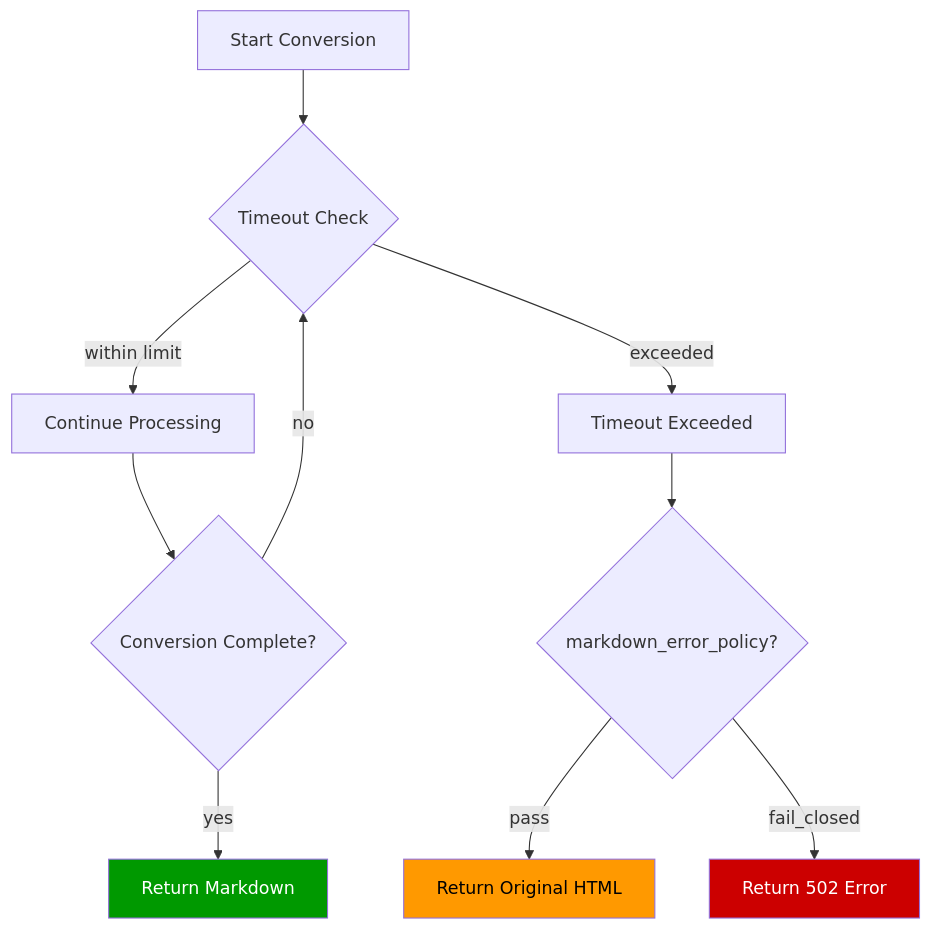
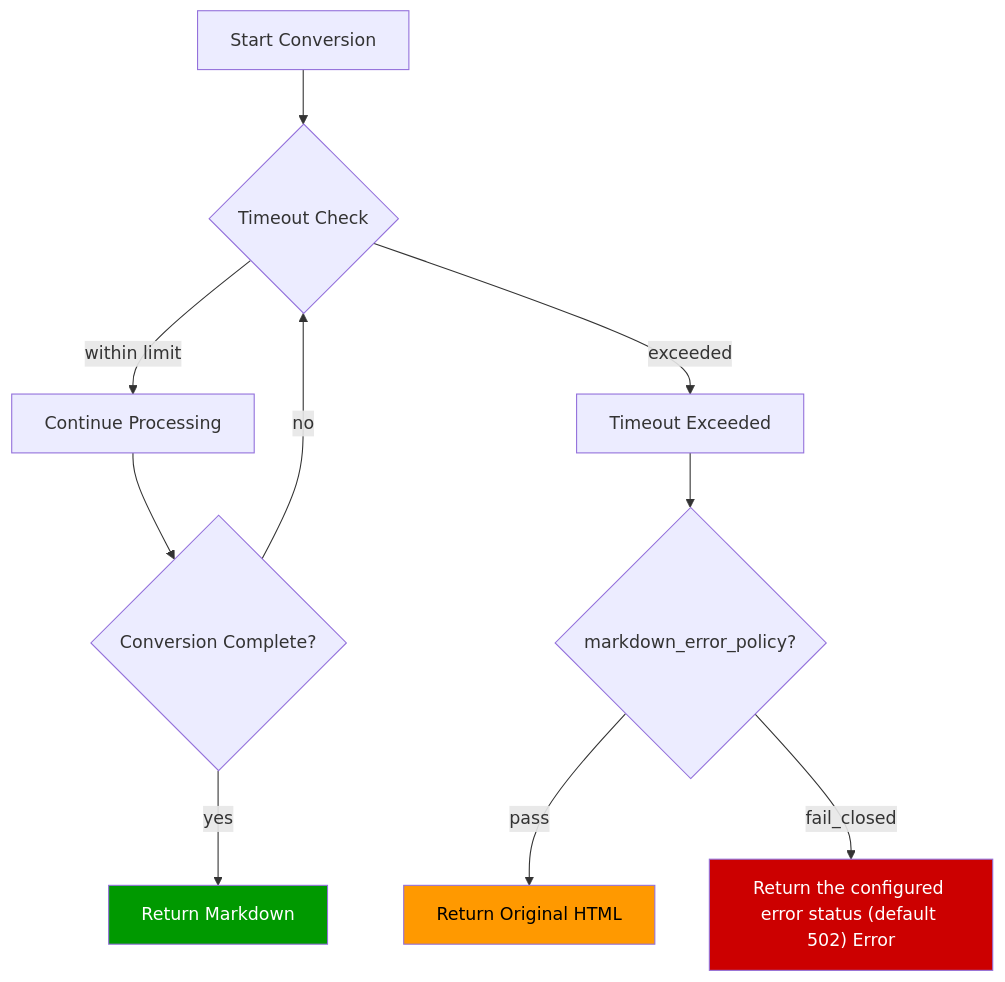
The diagram in docs/features/COOPERATIVE_TIMEOUT.md (cnkang/nginx-markdown-for-agents), drawn with Mermaid before and after one commit. The commit also changed 24 other files, not shown here.

````diff
--- a/docs/features/COOPERATIVE_TIMEOUT.md
+++ b/docs/features/COOPERATIVE_TIMEOUT.md
@@ -5,16 +5,16 @@
 ```mermaid
 flowchart TD
     Start["Start Conversion"] --> Check{"Timeout Check"}
     Check -->|within limit| Continue["Continue Processing"]
     Check -->|exceeded| Fail["Timeout Exceeded"]
     Continue --> Done{"Conversion Complete?"}
     Done -->|yes| Success["Return Markdown"]
     Done -->|no| Check
     Fail --> OnError{"markdown_error_policy?"}
     OnError -->|pass| FailOpen["Return Original HTML"]
-    OnError -->|fail_closed| FailClosed["Return 502 Error"]
+    OnError -->|fail_closed| FailClosed["Return the configured error status (default 502) Error"]
 
     style Success fill:#090,color:#fff
     style FailOpen fill:#f90,color:#000
     style FailClosed fill:#c00,color:#fff
 ```
````
